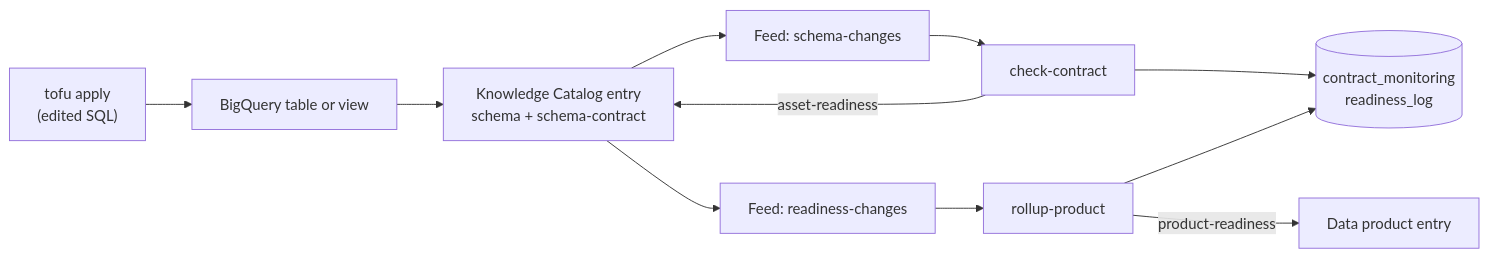
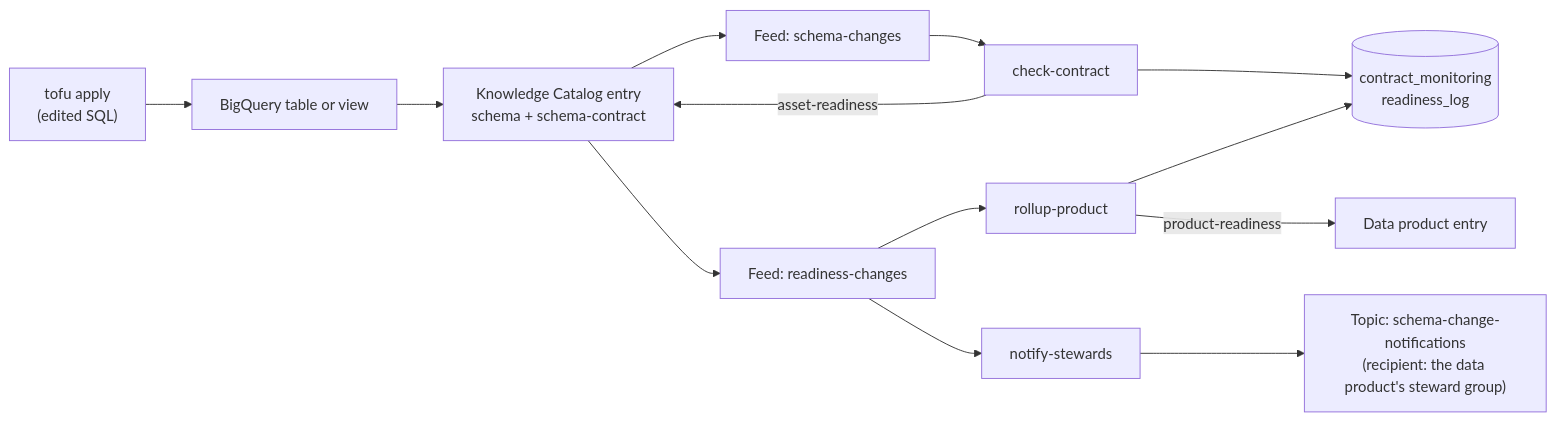
Before and after one commit to gCloud-Tech-Showcase/datacloud-metadata-feed: the diagram in README.md, drawn with Mermaid. The commit also changed other lines of this file and 12 other files, not shown here.

First line of the commit message:
Tell data stewards when an asset's contract breaks

````diff
--- a/README.md
+++ b/README.md
@@ -11,13 +11,15 @@
 ```mermaid
 flowchart LR
     TF["tofu apply<br/>(edited SQL)"] --> BQ["BigQuery table or view"]
     BQ --> KC["Knowledge Catalog entry<br/>schema + schema-contract"]
     KC --> F1["Feed: schema-changes"]
     F1 --> CC["check-contract"]
     CC -->|"asset-readiness"| KC
     KC --> F2["Feed: readiness-changes"]
     F2 --> RP["rollup-product"]
     RP -->|"product-readiness"| DP["Data product entry"]
+    F2 --> NS["notify-stewards"]
+    NS --> NT["Topic: schema-change-notifications<br/>(recipient: the data product's steward group)"]
     CC --> LOG[("contract_monitoring<br/>readiness_log")]
     RP --> LOG
 ```
````
